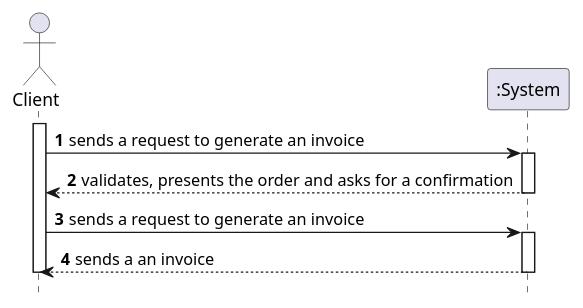
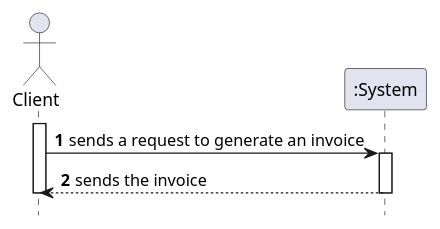
One commit to tiagoavcosta25/LAPR3 changed the diagram in docs/Iteration 1/Make An Order/US26_GenerateInvoice/US26_SSD.puml. Above: the diagram before and after it, drawn with PlantUML. The commit also changed 4 other files, not shown here.

Commit message:
LAPR2AP2-142 #developing GenerateInvoice [Design]

```diff
--- a/docs/Iteration 1/Make An Order/US26_GenerateInvoice/US26_SSD.puml
+++ b/docs/Iteration 1/Make An Order/US26_GenerateInvoice/US26_SSD.puml
@@ -1,24 +1,18 @@
 @startuml
 autonumber
 hide footbox
 
 actor "Client" as CL
 participant ":System" as SYST
 
 activate CL
 
 CL -> SYST : sends a request to generate an invoice
 activate SYST
 
-SYST --> CL : validates, presents the order and asks for a confirmation
-deactivate SYST
-
-CL -> SYST : sends a request to generate an invoice
-activate SYST
-
-SYST --> CL : sends a an invoice
+SYST --> CL : sends the invoice
 deactivate SYST
 
 deactivate CL
 
 @enduml
```
